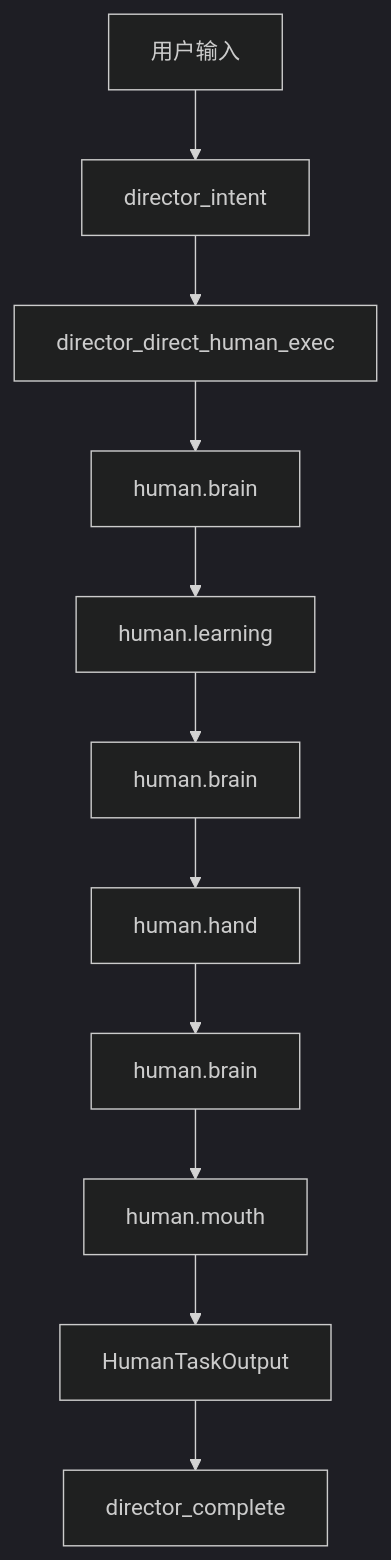
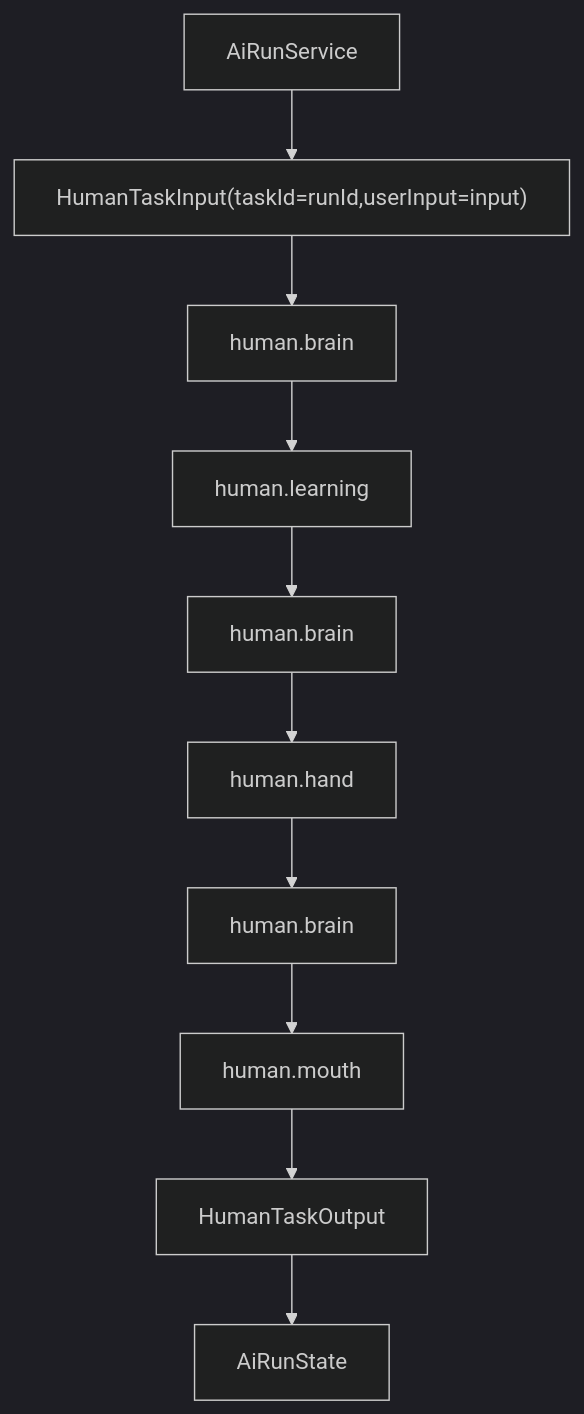
The second of 2 diagrams in doc/ai-design/example.md (Yoan98/Ncurator), drawn with Mermaid (dark theme) before and after one commit. The commit also changed other lines of this file and 61 other files, not shown here.

````diff
--- a/doc/ai-design/example.md
+++ b/doc/ai-design/example.md
@@ -417,13 +558,12 @@
 ```mermaid
 flowchart TD
-    A["用户输入"] --> B["director_intent"]
-    B --> C["director_direct_human_exec"]
-    C --> D["human.brain"]
-    D --> E["human.learning"]
-    E --> F["human.brain"]
-    F --> G["human.hand"]
-    G --> H["human.brain"]
-    H --> I["human.mouth"]
-    I --> J["HumanTaskOutput"]
-    J --> K["director_complete"]
+    A["AiRunService"] --> B["HumanTaskInput(taskId=runId,userInput=input)"]
+    B --> C["human.brain"]
+    C --> D["human.learning"]
+    D --> E["human.brain"]
+    E --> F["human.hand"]
+    F --> G["human.brain"]
+    G --> H["human.mouth"]
+    H --> I["HumanTaskOutput"]
+    I --> J["AiRunState"]
 ```
````
